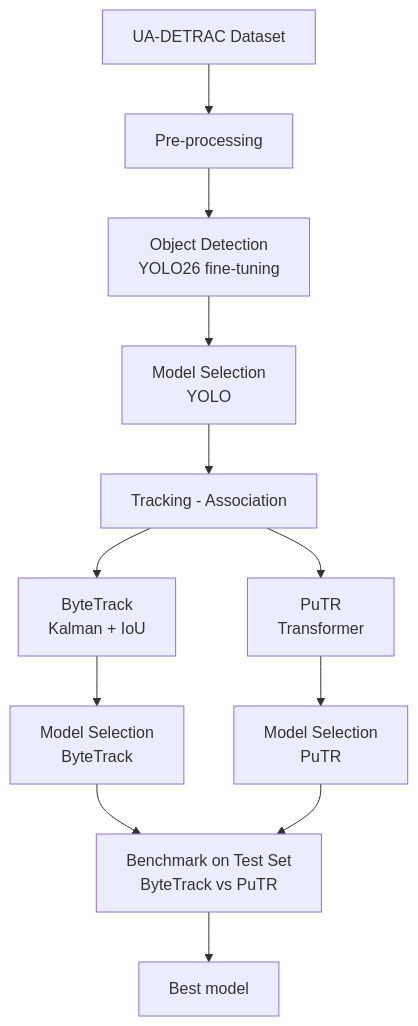
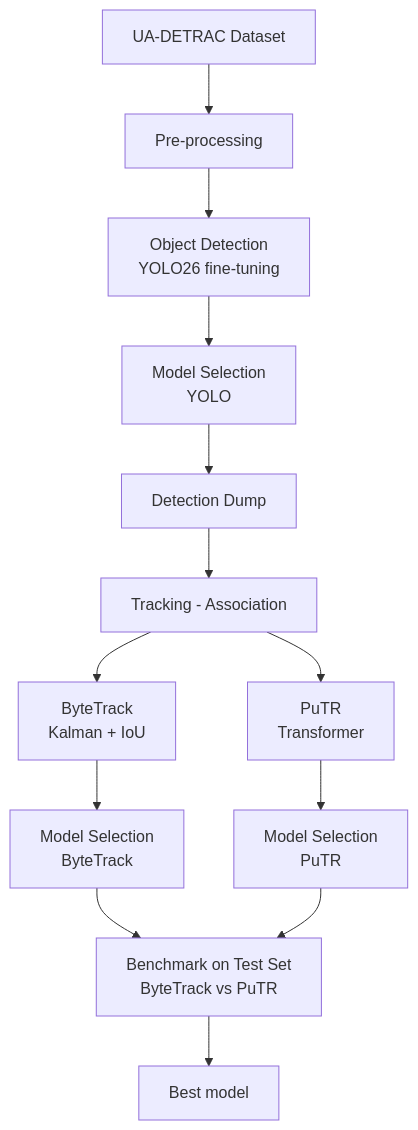
One commit to eddy2809/TrackDetrac changed the diagram in README.md. Above: the diagram before and after it, drawn with Mermaid. The commit also changed other lines of this file, not shown here.

````diff
--- a/README.md
+++ b/README.md
@@ -27,14 +27,15 @@
 ```mermaid
 flowchart TD
     A[UA-DETRAC Dataset] --> A1[Pre-processing]
     A1 --> B[Object Detection<br/>YOLO26 fine-tuning]
     B --> B1[Model Selection<br/>YOLO]
-    B1 --> C[Tracking - Association]
+    B1 --> B2[Detection Dump]
+    B2 --> C[Tracking - Association]
     C --> C1[ByteTrack<br/>Kalman + IoU]
     C --> C2[PuTR<br/>Transformer]
     C1 --> D1[Model Selection<br/>ByteTrack]
     C2 --> D2[Model Selection<br/>PuTR]
     D1 --> E[Benchmark on Test Set<br/>ByteTrack vs PuTR]
     D2 --> E
     E --> F[Best model]
 ```
````
